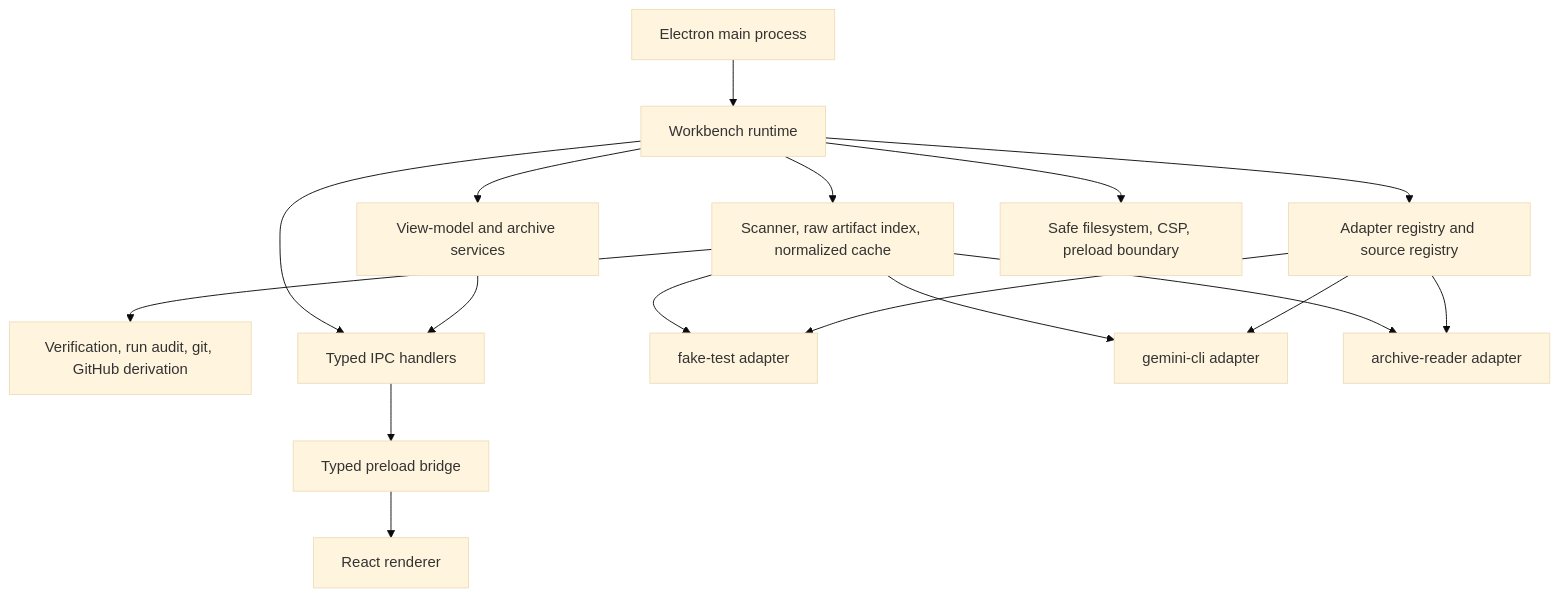
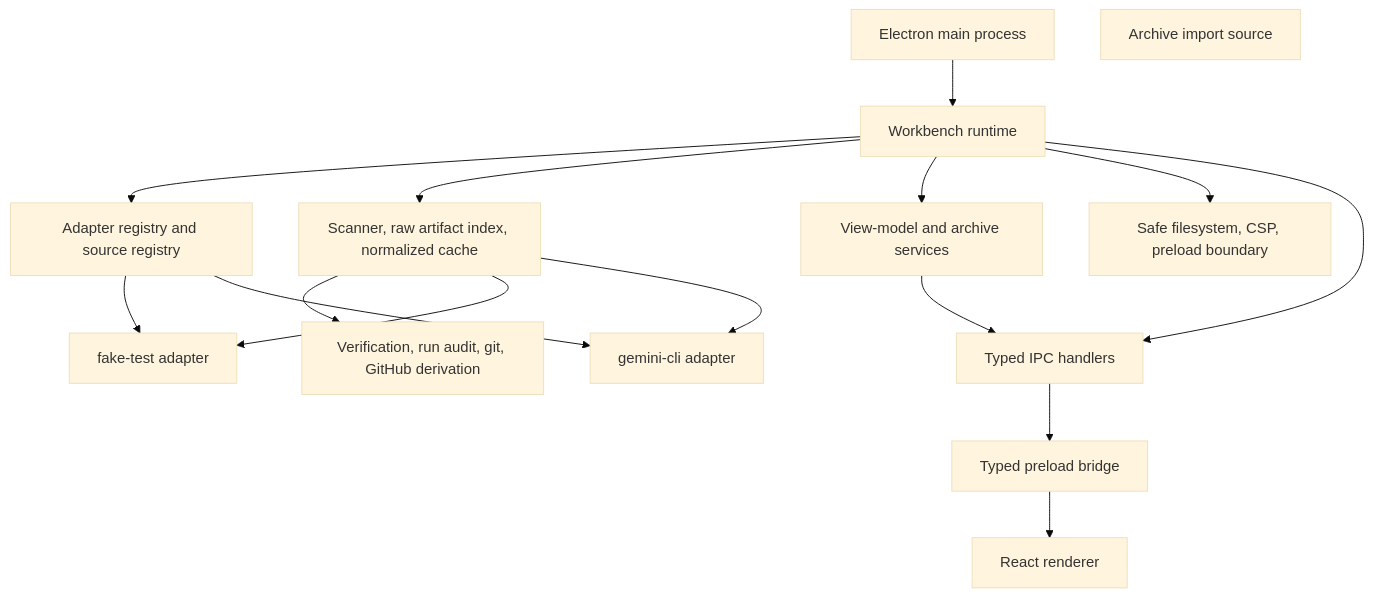
One commit to rakole/control-plus-zebra changed the diagram in docs/ARCHITECTURE.md. Above: the diagram before and after it, drawn with Mermaid (base theme). The commit also changed other lines of this file and 41 other files, not shown here.

````diff
--- a/docs/ARCHITECTURE.md
+++ b/docs/ARCHITECTURE.md
@@ -10,33 +10,31 @@
 ```mermaid
 graph TD
   ElectronMain["Electron main process"]
   Runtime["Workbench runtime"]
   Registry["Adapter registry and source registry"]
   Ingestion["Scanner, raw artifact index, normalized cache"]
   Derived["Verification, run audit, git, GitHub derivation"]
   Services["View-model and archive services"]
   Security["Safe filesystem, CSP, preload boundary"]
   IPC["Typed IPC handlers"]
   Preload["Typed preload bridge"]
   Renderer["React renderer"]
   Fake["fake-test adapter"]
   Gemini["gemini-cli adapter"]
-  Archive["archive-reader adapter"]
+  Archive["Archive import source"]
 
   ElectronMain --> Runtime
   Runtime --> Registry
   Runtime --> Ingestion
   Ingestion --> Derived
   Runtime --> Services
   Runtime --> Security
   Registry --> Fake
   Registry --> Gemini
-  Registry --> Archive
   Ingestion --> Fake
   Ingestion --> Gemini
-  Ingestion --> Archive
   Services --> IPC
   Runtime --> IPC
   IPC --> Preload
   Preload --> Renderer
 ```
````
